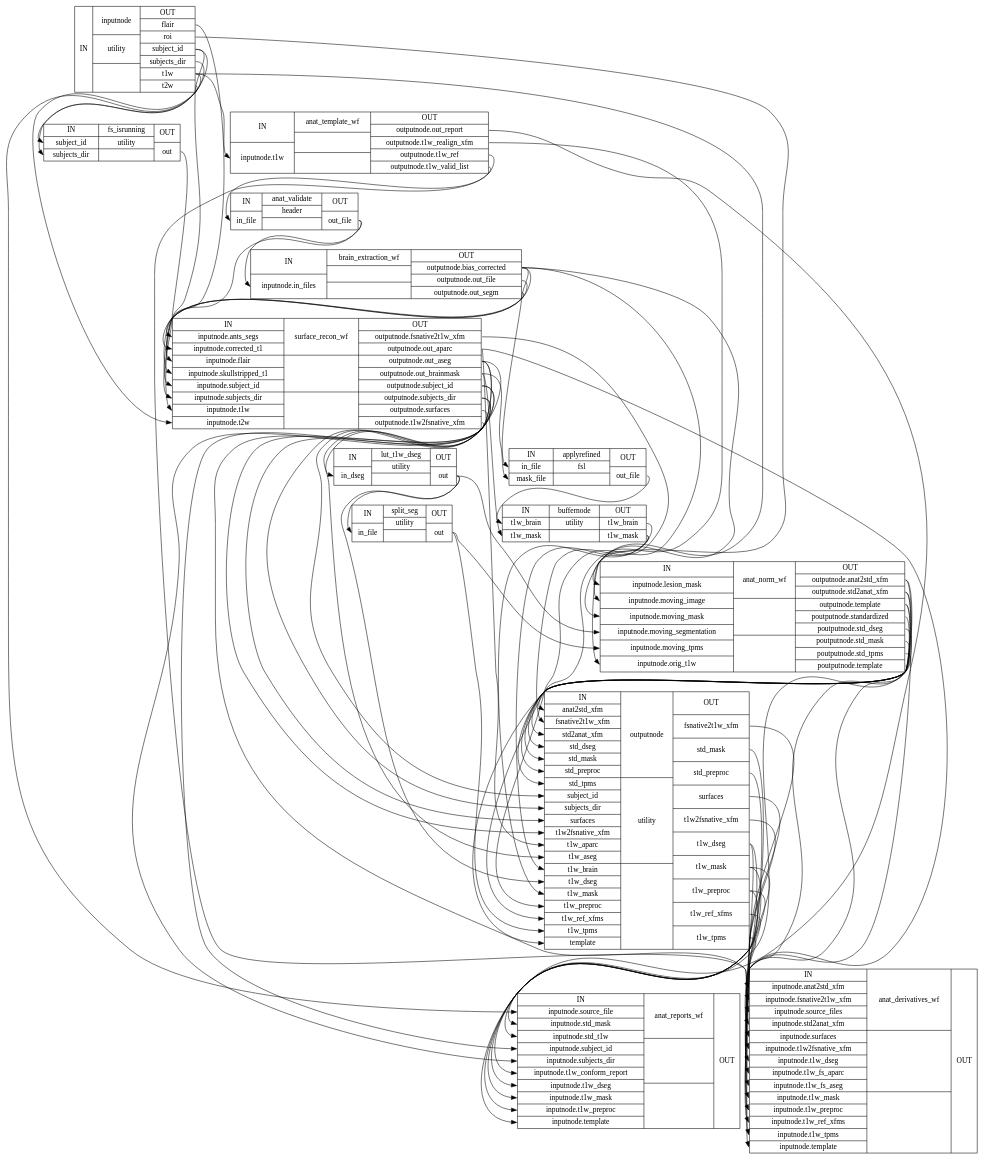
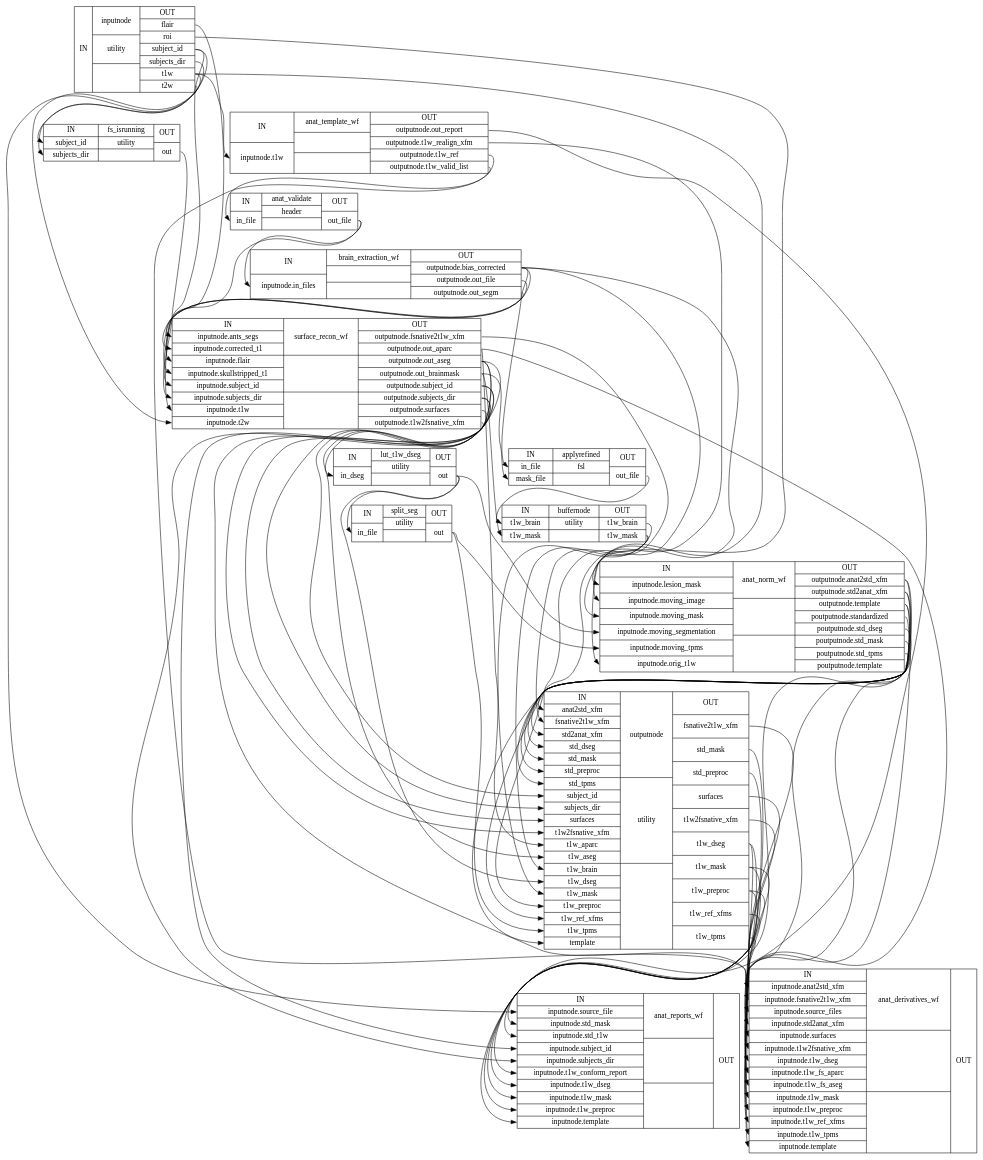
Before and after one commit to pcamach2/smriprep: the diagram in 0.4.1-1/wf_directive/api/anat_preproc_wf/smriprep-workflows-anatomical-1_detailed.dot, drawn with Graphviz. The commit also changed other lines of this file and 3595 other files, not shown here.

```diff
--- a/0.4.1-1/wf_directive/api/anat_preproc_wf/smriprep-workflows-anatomical-1_detailed.dot
+++ b/0.4.1-1/wf_directive/api/anat_preproc_wf/smriprep-workflows-anatomical-1_detailed.dot
@@ -1,86 +1,86 @@
 digraph structs {
 node [shape=record];
 anat_preproc_wfinputnode [label="{IN}|{ inputnode | utility |  }|{OUT|<outflair> flair|<outroi> roi|<outsubjectid> subject_id|<outsubjectsdir> subjects_dir|<outt1w> t1w|<outt2w> t2w}"];
+anat_preproc_wfanat_template_wf [label="{IN|<ininputnodet1w> inputnode.t1w}|{ anat_template_wf |  |  }|{OUT|<outoutputnodeoutreport> outputnode.out_report|<outoutputnodet1wrealignxfm> outputnode.t1w_realign_xfm|<outoutputnodet1wref> outputnode.t1w_ref|<outoutputnodet1wvalidlist> outputnode.t1w_valid_list}"];
 anat_preproc_wffs_isrunning [label="{IN|<insubjectid> subject_id|<insubjectsdir> subjects_dir}|{ fs_isrunning | utility |  }|{OUT|<outout> out}"];
-anat_preproc_wfanat_template_wf [label="{IN|<ininputnodet1w> inputnode.t1w}|{ anat_template_wf |  |  }|{OUT|<outoutputnodeoutreport> outputnode.out_report|<outoutputnodet1wrealignxfm> outputnode.t1w_realign_xfm|<outoutputnodet1wref> outputnode.t1w_ref|<outoutputnodet1wvalidlist> outputnode.t1w_valid_list}"];
 anat_preproc_wfanat_validate [label="{IN|<ininfile> in_file}|{ anat_validate | header |  }|{OUT|<outoutfile> out_file}"];
 anat_preproc_wfbrain_extraction_wf [label="{IN|<ininputnodeinfiles> inputnode.in_files}|{ brain_extraction_wf |  |  }|{OUT|<outoutputnodebiascorrected> outputnode.bias_corrected|<outoutputnodeoutfile> outputnode.out_file|<outoutputnodeoutsegm> outputnode.out_segm}"];
 anat_preproc_wfsurface_recon_wf [label="{IN|<ininputnodeantssegs> inputnode.ants_segs|<ininputnodecorrectedt1> inputnode.corrected_t1|<ininputnodeflair> inputnode.flair|<ininputnodeskullstrippedt1> inputnode.skullstripped_t1|<ininputnodesubjectid> inputnode.subject_id|<ininputnodesubjectsdir> inputnode.subjects_dir|<ininputnodet1w> inputnode.t1w|<ininputnodet2w> inputnode.t2w}|{ surface_recon_wf |  |  }|{OUT|<outoutputnodefsnative2t1wxfm> outputnode.fsnative2t1w_xfm|<outoutputnodeoutaparc> outputnode.out_aparc|<outoutputnodeoutaseg> outputnode.out_aseg|<outoutputnodeoutbrainmask> outputnode.out_brainmask|<outoutputnodesubjectid> outputnode.subject_id|<outoutputnodesubjectsdir> outputnode.subjects_dir|<outoutputnodesurfaces> outputnode.surfaces|<outoutputnodet1w2fsnativexfm> outputnode.t1w2fsnative_xfm}"];
+anat_preproc_wfapplyrefined [label="{IN|<ininfile> in_file|<inmaskfile> mask_file}|{ applyrefined | fsl |  }|{OUT|<outoutfile> out_file}"];
 anat_preproc_wflut_t1w_dseg [label="{IN|<inindseg> in_dseg}|{ lut_t1w_dseg | utility |  }|{OUT|<outout> out}"];
+anat_preproc_wfbuffernode [label="{IN|<int1wbrain> t1w_brain|<int1wmask> t1w_mask}|{ buffernode | utility |  }|{OUT|<outt1wbrain> t1w_brain|<outt1wmask> t1w_mask}"];
 anat_preproc_wfsplit_seg [label="{IN|<ininfile> in_file}|{ split_seg | utility |  }|{OUT|<outout> out}"];
-anat_preproc_wfapplyrefined [label="{IN|<ininfile> in_file|<inmaskfile> mask_file}|{ applyrefined | fsl |  }|{OUT|<outoutfile> out_file}"];
-anat_preproc_wfbuffernode [label="{IN|<int1wbrain> t1w_brain|<int1wmask> t1w_mask}|{ buffernode | utility |  }|{OUT|<outt1wbrain> t1w_brain|<outt1wmask> t1w_mask}"];
 anat_preproc_wfanat_norm_wf [label="{IN|<ininputnodelesionmask> inputnode.lesion_mask|<ininputnodemovingimage> inputnode.moving_image|<ininputnodemovingmask> inputnode.moving_mask|<ininputnodemovingsegmentation> inputnode.moving_segmentation|<ininputnodemovingtpms> inputnode.moving_tpms|<ininputnodeorigt1w> inputnode.orig_t1w}|{ anat_norm_wf |  |  }|{OUT|<outoutputnodeanat2stdxfm> outputnode.anat2std_xfm|<outoutputnodestd2anatxfm> outputnode.std2anat_xfm|<outoutputnodetemplate> outputnode.template|<outpoutputnodestandardized> poutputnode.standardized|<outpoutputnodestddseg> poutputnode.std_dseg|<outpoutputnodestdmask> poutputnode.std_mask|<outpoutputnodestdtpms> poutputnode.std_tpms|<outpoutputnodetemplate> poutputnode.template}"];
 anat_preproc_wfoutputnode [label="{IN|<inanat2stdxfm> anat2std_xfm|<infsnative2t1wxfm> fsnative2t1w_xfm|<instd2anatxfm> std2anat_xfm|<instddseg> std_dseg|<instdmask> std_mask|<instdpreproc> std_preproc|<instdtpms> std_tpms|<insubjectid> subject_id|<insubjectsdir> subjects_dir|<insurfaces> surfaces|<int1w2fsnativexfm> t1w2fsnative_xfm|<int1waparc> t1w_aparc|<int1waseg> t1w_aseg|<int1wbrain> t1w_brain|<int1wdseg> t1w_dseg|<int1wmask> t1w_mask|<int1wpreproc> t1w_preproc|<int1wrefxfms> t1w_ref_xfms|<int1wtpms> t1w_tpms|<intemplate> template}|{ outputnode | utility |  }|{OUT|<outfsnative2t1wxfm> fsnative2t1w_xfm|<outstdmask> std_mask|<outstdpreproc> std_preproc|<outsurfaces> surfaces|<outt1w2fsnativexfm> t1w2fsnative_xfm|<outt1wdseg> t1w_dseg|<outt1wmask> t1w_mask|<outt1wpreproc> t1w_preproc|<outt1wrefxfms> t1w_ref_xfms|<outt1wtpms> t1w_tpms}"];
+anat_preproc_wfanat_reports_wf [label="{IN|<ininputnodesourcefile> inputnode.source_file|<ininputnodestdmask> inputnode.std_mask|<ininputnodestdt1w> inputnode.std_t1w|<ininputnodesubjectid> inputnode.subject_id|<ininputnodesubjectsdir> inputnode.subjects_dir|<ininputnodet1wconformreport> inputnode.t1w_conform_report|<ininputnodet1wdseg> inputnode.t1w_dseg|<ininputnodet1wmask> inputnode.t1w_mask|<ininputnodet1wpreproc> inputnode.t1w_preproc|<ininputnodetemplate> inputnode.template}|{ anat_reports_wf |  |  }|{OUT}"];
 anat_preproc_wfanat_derivatives_wf [label="{IN|<ininputnodeanat2stdxfm> inputnode.anat2std_xfm|<ininputnodefsnative2t1wxfm> inputnode.fsnative2t1w_xfm|<ininputnodesourcefiles> inputnode.source_files|<ininputnodestd2anatxfm> inputnode.std2anat_xfm|<ininputnodesurfaces> inputnode.surfaces|<ininputnodet1w2fsnativexfm> inputnode.t1w2fsnative_xfm|<ininputnodet1wdseg> inputnode.t1w_dseg|<ininputnodet1wfsaparc> inputnode.t1w_fs_aparc|<ininputnodet1wfsaseg> inputnode.t1w_fs_aseg|<ininputnodet1wmask> inputnode.t1w_mask|<ininputnodet1wpreproc> inputnode.t1w_preproc|<ininputnodet1wrefxfms> inputnode.t1w_ref_xfms|<ininputnodet1wtpms> inputnode.t1w_tpms|<ininputnodetemplate> inputnode.template}|{ anat_derivatives_wf |  |  }|{OUT}"];
-anat_preproc_wfanat_reports_wf [label="{IN|<ininputnodesourcefile> inputnode.source_file|<ininputnodestdmask> inputnode.std_mask|<ininputnodestdt1w> inputnode.std_t1w|<ininputnodesubjectid> inputnode.subject_id|<ininputnodesubjectsdir> inputnode.subjects_dir|<ininputnodet1wconformreport> inputnode.t1w_conform_report|<ininputnodet1wdseg> inputnode.t1w_dseg|<ininputnodet1wmask> inputnode.t1w_mask|<ininputnodet1wpreproc> inputnode.t1w_preproc|<ininputnodetemplate> inputnode.template}|{ anat_reports_wf |  |  }|{OUT}"];
 anat_preproc_wfanat_norm_wf:outoutputnodeanat2stdxfm:e -> anat_preproc_wfanat_derivatives_wf:ininputnodeanat2stdxfm:w;
 anat_preproc_wfanat_norm_wf:outoutputnodeanat2stdxfm:e -> anat_preproc_wfoutputnode:inanat2stdxfm:w;
 anat_preproc_wfanat_norm_wf:outoutputnodestd2anatxfm:e -> anat_preproc_wfanat_derivatives_wf:ininputnodestd2anatxfm:w;
 anat_preproc_wfanat_norm_wf:outoutputnodestd2anatxfm:e -> anat_preproc_wfoutputnode:instd2anatxfm:w;
 anat_preproc_wfanat_norm_wf:outoutputnodetemplate:e -> anat_preproc_wfanat_derivatives_wf:ininputnodetemplate:w;
 anat_preproc_wfanat_norm_wf:outoutputnodetemplate:e -> anat_preproc_wfoutputnode:intemplate:w;
 anat_preproc_wfanat_norm_wf:outpoutputnodestandardized:e -> anat_preproc_wfoutputnode:instdpreproc:w;
 anat_preproc_wfanat_norm_wf:outpoutputnodestddseg:e -> anat_preproc_wfoutputnode:instddseg:w;
 anat_preproc_wfanat_norm_wf:outpoutputnodestdmask:e -> anat_preproc_wfoutputnode:instdmask:w;
 anat_preproc_wfanat_norm_wf:outpoutputnodestdtpms:e -> anat_preproc_wfoutputnode:instdtpms:w;
 anat_preproc_wfanat_norm_wf:outpoutputnodetemplate:e -> anat_preproc_wfanat_reports_wf:ininputnodetemplate:w;
 anat_preproc_wfanat_template_wf:outoutputnodeoutreport:e -> anat_preproc_wfanat_reports_wf:ininputnodet1wconformreport:w;
 anat_preproc_wfanat_template_wf:outoutputnodet1wrealignxfm:e -> anat_preproc_wfoutputnode:int1wrefxfms:w;
 anat_preproc_wfanat_template_wf:outoutputnodet1wref:e -> anat_preproc_wfanat_validate:ininfile:w;
 anat_preproc_wfanat_template_wf:outoutputnodet1wvalidlist:e -> anat_preproc_wfanat_derivatives_wf:ininputnodesourcefiles:w;
 anat_preproc_wfanat_validate:outoutfile:e -> anat_preproc_wfbrain_extraction_wf:ininputnodeinfiles:w;
 anat_preproc_wfanat_validate:outoutfile:e -> anat_preproc_wfsurface_recon_wf:ininputnodet1w:w;
 anat_preproc_wfapplyrefined:outoutfile:e -> anat_preproc_wfbuffernode:int1wbrain:w;
 anat_preproc_wfbrain_extraction_wf:outoutputnodebiascorrected:e -> anat_preproc_wfanat_norm_wf:ininputnodemovingimage:w;
 anat_preproc_wfbrain_extraction_wf:outoutputnodebiascorrected:e -> anat_preproc_wfapplyrefined:ininfile:w;
 anat_preproc_wfbrain_extraction_wf:outoutputnodebiascorrected:e -> anat_preproc_wfoutputnode:int1wpreproc:w;
 anat_preproc_wfbrain_extraction_wf:outoutputnodebiascorrected:e -> anat_preproc_wfsurface_recon_wf:ininputnodecorrectedt1:w;
 anat_preproc_wfbrain_extraction_wf:outoutputnodeoutfile:e -> anat_preproc_wfsurface_recon_wf:ininputnodeskullstrippedt1:w;
 anat_preproc_wfbrain_extraction_wf:outoutputnodeoutsegm:e -> anat_preproc_wfsurface_recon_wf:ininputnodeantssegs:w;
 anat_preproc_wfbuffernode:outt1wbrain:e -> anat_preproc_wfoutputnode:int1wbrain:w;
 anat_preproc_wfbuffernode:outt1wmask:e -> anat_preproc_wfanat_norm_wf:ininputnodemovingmask:w;
 anat_preproc_wfbuffernode:outt1wmask:e -> anat_preproc_wfoutputnode:int1wmask:w;
 anat_preproc_wffs_isrunning:outout:e -> anat_preproc_wfsurface_recon_wf:ininputnodesubjectsdir:w;
 anat_preproc_wfinputnode:outflair:e -> anat_preproc_wfsurface_recon_wf:ininputnodeflair:w;
 anat_preproc_wfinputnode:outroi:e -> anat_preproc_wfanat_norm_wf:ininputnodelesionmask:w;
 anat_preproc_wfinputnode:outsubjectid:e -> anat_preproc_wffs_isrunning:insubjectid:w;
 anat_preproc_wfinputnode:outsubjectid:e -> anat_preproc_wfsurface_recon_wf:ininputnodesubjectid:w;
 anat_preproc_wfinputnode:outsubjectsdir:e -> anat_preproc_wffs_isrunning:insubjectsdir:w;
 anat_preproc_wfinputnode:outt1w:e -> anat_preproc_wfanat_norm_wf:ininputnodeorigt1w:w;
 anat_preproc_wfinputnode:outt1w:e -> anat_preproc_wfanat_reports_wf:ininputnodesourcefile:w;
 anat_preproc_wfinputnode:outt1w:e -> anat_preproc_wfanat_template_wf:ininputnodet1w:w;
 anat_preproc_wfinputnode:outt2w:e -> anat_preproc_wfsurface_recon_wf:ininputnodet2w:w;
 anat_preproc_wflut_t1w_dseg:outout:e -> anat_preproc_wfanat_norm_wf:ininputnodemovingsegmentation:w;
 anat_preproc_wflut_t1w_dseg:outout:e -> anat_preproc_wfoutputnode:int1wdseg:w;
 anat_preproc_wflut_t1w_dseg:outout:e -> anat_preproc_wfsplit_seg:ininfile:w;
 anat_preproc_wfoutputnode:outfsnative2t1wxfm:e -> anat_preproc_wfanat_derivatives_wf:ininputnodefsnative2t1wxfm:w;
 anat_preproc_wfoutputnode:outstdmask:e -> anat_preproc_wfanat_reports_wf:ininputnodestdmask:w;
 anat_preproc_wfoutputnode:outstdpreproc:e -> anat_preproc_wfanat_reports_wf:ininputnodestdt1w:w;
 anat_preproc_wfoutputnode:outsurfaces:e -> anat_preproc_wfanat_derivatives_wf:ininputnodesurfaces:w;
 anat_preproc_wfoutputnode:outt1w2fsnativexfm:e -> anat_preproc_wfanat_derivatives_wf:ininputnodet1w2fsnativexfm:w;
 anat_preproc_wfoutputnode:outt1wdseg:e -> anat_preproc_wfanat_derivatives_wf:ininputnodet1wdseg:w;
 anat_preproc_wfoutputnode:outt1wdseg:e -> anat_preproc_wfanat_reports_wf:ininputnodet1wdseg:w;
 anat_preproc_wfoutputnode:outt1wmask:e -> anat_preproc_wfanat_derivatives_wf:ininputnodet1wmask:w;
 anat_preproc_wfoutputnode:outt1wmask:e -> anat_preproc_wfanat_reports_wf:ininputnodet1wmask:w;
 anat_preproc_wfoutputnode:outt1wpreproc:e -> anat_preproc_wfanat_derivatives_wf:ininputnodet1wpreproc:w;
 anat_preproc_wfoutputnode:outt1wpreproc:e -> anat_preproc_wfanat_reports_wf:ininputnodet1wpreproc:w;
 anat_preproc_wfoutputnode:outt1wrefxfms:e -> anat_preproc_wfanat_derivatives_wf:ininputnodet1wrefxfms:w;
 anat_preproc_wfoutputnode:outt1wtpms:e -> anat_preproc_wfanat_derivatives_wf:ininputnodet1wtpms:w;
 anat_preproc_wfsplit_seg:outout:e -> anat_preproc_wfanat_norm_wf:ininputnodemovingtpms:w;
 anat_preproc_wfsplit_seg:outout:e -> anat_preproc_wfoutputnode:int1wtpms:w;
 anat_preproc_wfsurface_recon_wf:outoutputnodefsnative2t1wxfm:e -> anat_preproc_wfoutputnode:infsnative2t1wxfm:w;
 anat_preproc_wfsurface_recon_wf:outoutputnodeoutaparc:e -> anat_preproc_wfanat_derivatives_wf:ininputnodet1wfsaparc:w;
 anat_preproc_wfsurface_recon_wf:outoutputnodeoutaparc:e -> anat_preproc_wfoutputnode:int1waparc:w;
 anat_preproc_wfsurface_recon_wf:outoutputnodeoutaseg:e -> anat_preproc_wfanat_derivatives_wf:ininputnodet1wfsaseg:w;
 anat_preproc_wfsurface_recon_wf:outoutputnodeoutaseg:e -> anat_preproc_wflut_t1w_dseg:inindseg:w;
 anat_preproc_wfsurface_recon_wf:outoutputnodeoutaseg:e -> anat_preproc_wfoutputnode:int1waseg:w;
 anat_preproc_wfsurface_recon_wf:outoutputnodeoutbrainmask:e -> anat_preproc_wfapplyrefined:inmaskfile:w;
 anat_preproc_wfsurface_recon_wf:outoutputnodeoutbrainmask:e -> anat_preproc_wfbuffernode:int1wmask:w;
 anat_preproc_wfsurface_recon_wf:outoutputnodesubjectid:e -> anat_preproc_wfanat_reports_wf:ininputnodesubjectid:w;
 anat_preproc_wfsurface_recon_wf:outoutputnodesubjectid:e -> anat_preproc_wfoutputnode:insubjectid:w;
 anat_preproc_wfsurface_recon_wf:outoutputnodesubjectsdir:e -> anat_preproc_wfanat_reports_wf:ininputnodesubjectsdir:w;
 anat_preproc_wfsurface_recon_wf:outoutputnodesubjectsdir:e -> anat_preproc_wfoutputnode:insubjectsdir:w;
 anat_preproc_wfsurface_recon_wf:outoutputnodesurfaces:e -> anat_preproc_wfoutputnode:insurfaces:w;
 anat_preproc_wfsurface_recon_wf:outoutputnodet1w2fsnativexfm:e -> anat_preproc_wfoutputnode:int1w2fsnativexfm:w;
 }
```
